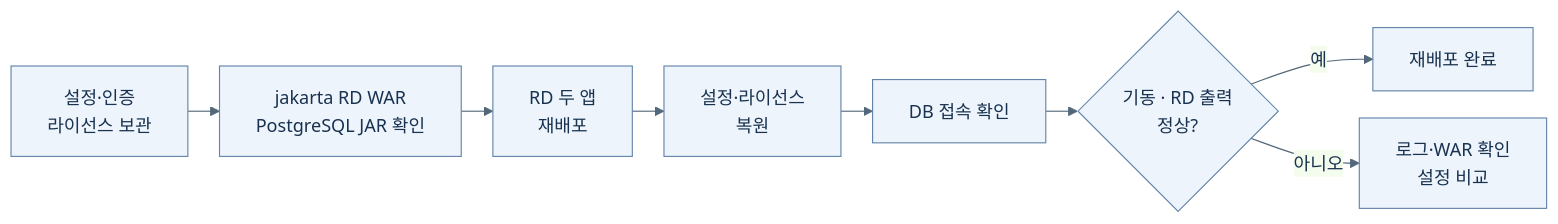
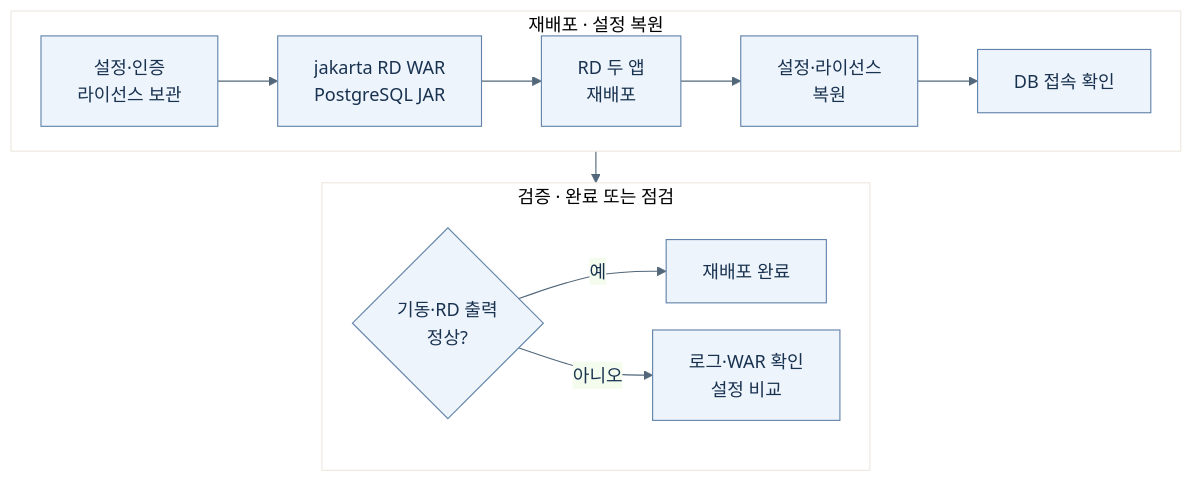
One commit to mnuil/mnuil changed the diagram in assets/withhr/rd-redeploy-flow.mmd. Above: the diagram before and after it, drawn with Mermaid. The commit also changed 16 other files, not shown here.

```diff
--- a/assets/withhr/rd-redeploy-flow.mmd
+++ b/assets/withhr/rd-redeploy-flow.mmd
@@ -1,6 +1,12 @@
 %%{init: {"theme":"base","fontFamily":"Malgun Gothic, sans-serif","themeVariables":{"fontFamily":"Malgun Gothic, sans-serif","fontSize":"16px","primaryColor":"#eef4fc","primaryTextColor":"#18324f","primaryBorderColor":"#6284aa","lineColor":"#526779","actorBkg":"#eef4fc","actorBorder":"#6284aa"},"flowchart":{"htmlLabels":true,"nodeSpacing":24,"rankSpacing":28,"padding":16},"sequence":{"actorMargin":35,"messageMargin":24,"noteMargin":12,"mirrorActors":false,"useMaxWidth":true}}}%%
-flowchart LR
- A["설정·인증<br/>라이선스 보관"] --> B["jakarta RD WAR<br/>PostgreSQL JAR 확인"] --> C["RD 두 앱<br/>재배포"]
- C --> D["설정·라이선스<br/>복원"] --> E["DB 접속 확인"] --> F{"기동 · RD 출력<br/>정상?"}
- F -->|예| G["재배포 완료"]
+flowchart TB
+ subgraph PREP["재배포 · 설정 복원"]
+ direction LR
+ A["설정·인증<br/>라이선스 보관"] --> B["jakarta RD WAR<br/>PostgreSQL JAR"] --> C["RD 두 앱<br/>재배포"] --> D["설정·라이선스<br/>복원"] --> E["DB 접속 확인"]
+ end
+ subgraph CHECK["검증 · 완료 또는 점검"]
+ direction LR
+ F{"기동·RD 출력<br/>정상?"} -->|예| G["재배포 완료"]
  F -->|아니오| H["로그·WAR 확인<br/>설정 비교"]
+ end
+ PREP --> CHECK
```
